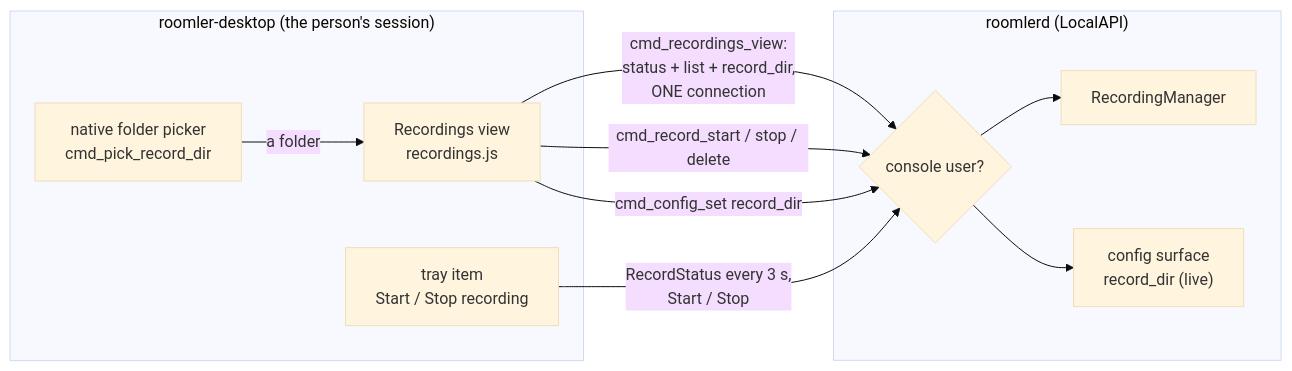
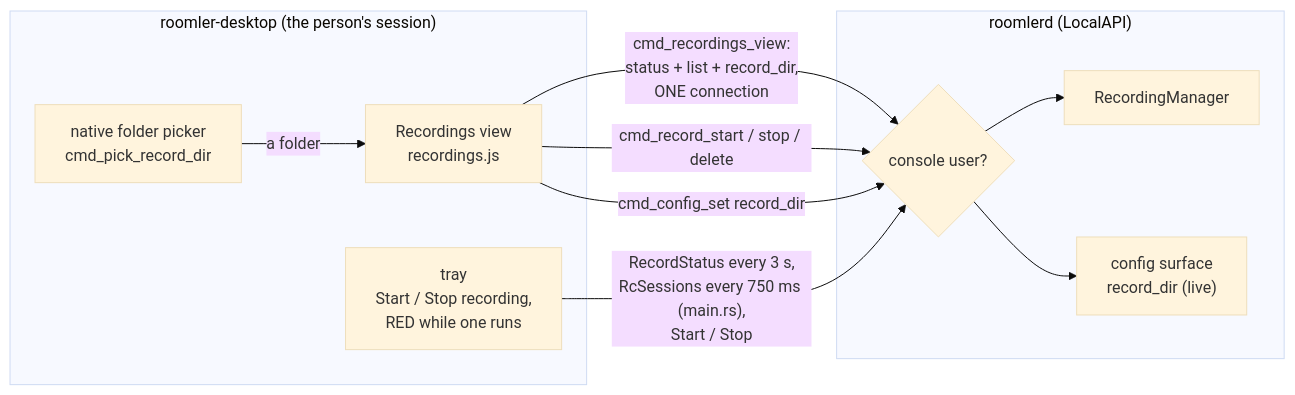
One commit to gjovanov/roomler-ai changed the sixth of 13 diagrams in docs/recording.md. Above: the diagram before and after it, drawn with Mermaid (base theme). The commit also changed other lines of this file and 8 other files, not shown here.

````diff
--- a/docs/recording.md
+++ b/docs/recording.md
@@ -467,20 +467,20 @@
 ```mermaid
 flowchart LR
     subgraph companion["roomler-desktop (the person's session)"]
       V["Recordings view<br/>recordings.js"]
-      T["tray item<br/>Start / Stop recording"]
+      T["tray<br/>Start / Stop recording,<br/>RED while one runs"]
       P["native folder picker<br/>cmd_pick_record_dir"]
     end
     subgraph daemon["roomlerd (LocalAPI)"]
       G{"console user?"}
       M["RecordingManager"]
       C["config surface<br/>record_dir (live)"]
     end
     V -- "cmd_recordings_view:<br/>status + list + record_dir,<br/>ONE connection" --> G
     V -- "cmd_record_start / stop / delete" --> G
-    T -- "RecordStatus every 3 s,<br/>Start / Stop" --> G
+    T -- "RecordStatus every 3 s,<br/>RcSessions every 750 ms (main.rs),<br/>Start / Stop" --> G
     P -- "a folder" --> V
     V -- "cmd_config_set record_dir" --> G
     G --> M
     G --> C
 ```
````
